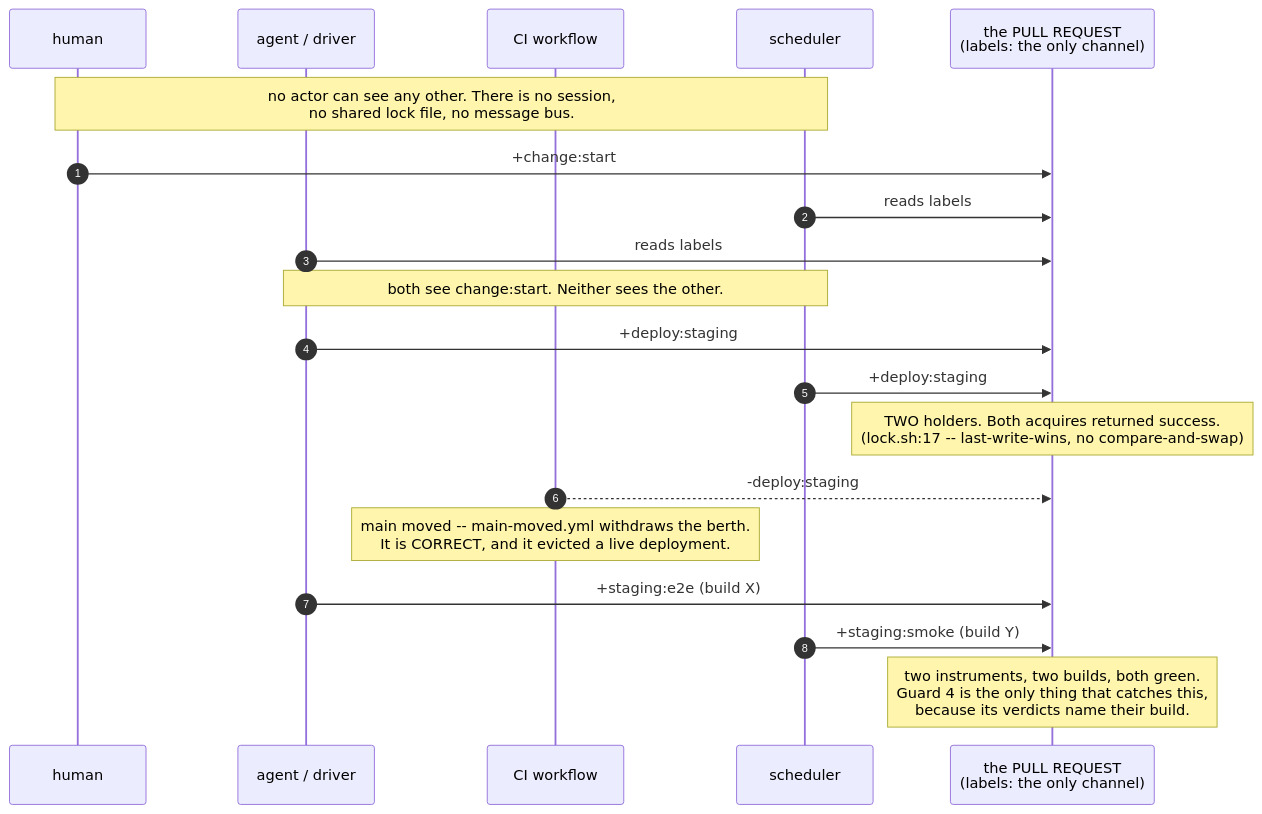
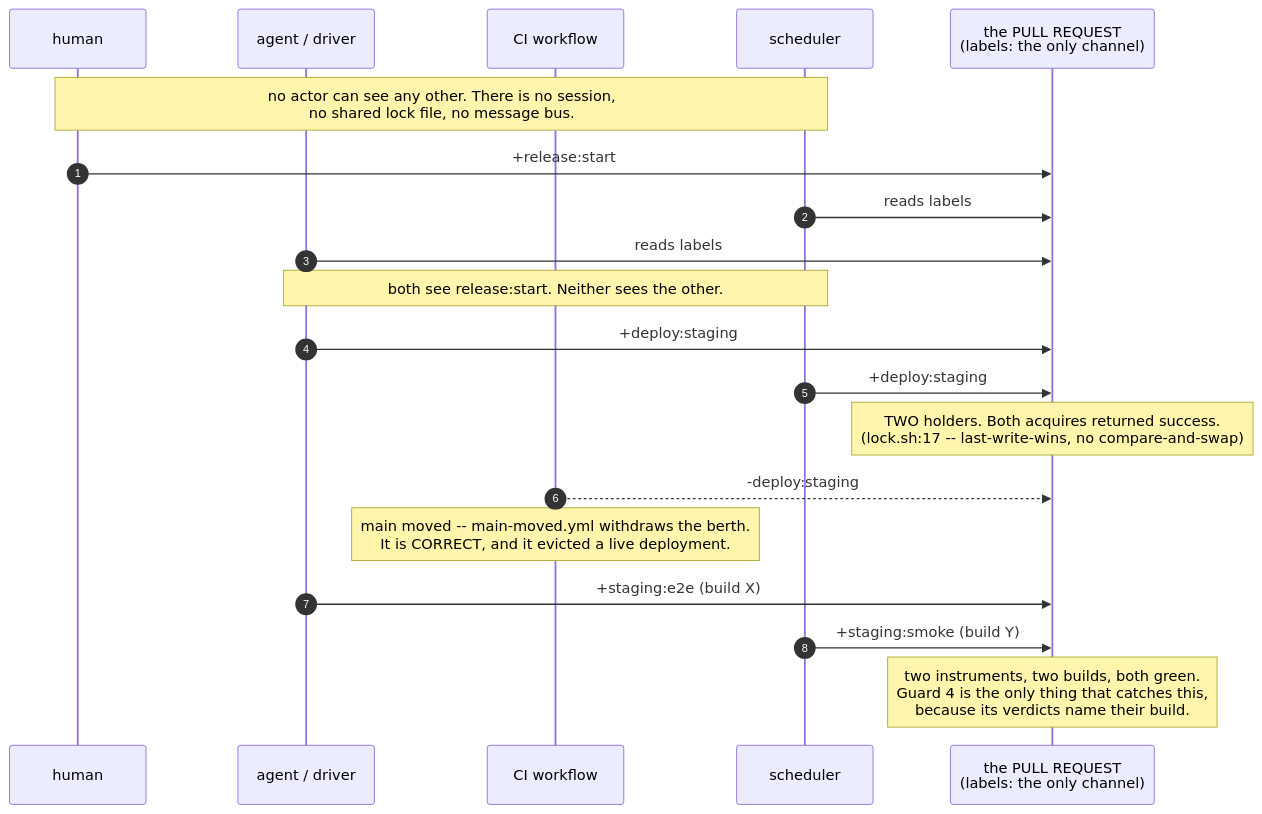
Before and after one commit to aygp-dr/standard-change: the diagram in research/findings/labels-are-the-only-channel.org, drawn with Mermaid. The commit also changed 18 other files, not shown here.

First line of the commit message:
feat(change): release:start is the person's word; the driver defers to a booked window and has a dry run

```diff
--- a/research/findings/labels-are-the-only-channel.org
+++ b/research/findings/labels-are-the-only-channel.org
@@ -15,27 +15,27 @@
 #+begin_src mermaid :eval never-export
 sequenceDiagram
     autonumber
     participant H as human
     participant A as agent / driver
     participant W as CI workflow
     participant S as scheduler
     participant PR as the PULL REQUEST<br/>(labels: the only channel)
 
     Note over H,S: no actor can see any other. There is no session,<br/>no shared lock file, no message bus.
 
-    H->>PR: +change:start
+    H->>PR: +release:start
     S->>PR: reads labels
     A->>PR: reads labels
-    Note over S,A: both see change:start. Neither sees the other.
+    Note over S,A: both see release:start. Neither sees the other.
 
     A->>PR: +deploy:staging
     S->>PR: +deploy:staging
     Note over PR: TWO holders. Both acquires returned success.<br/>(lock.sh:17 -- last-write-wins, no compare-and-swap)
 
     W-->>PR: -deploy:staging
     Note over W: main moved -- main-moved.yml withdraws the berth.<br/>It is CORRECT, and it evicted a live deployment.
 
     A->>PR: +staging:e2e (build X)
     S->>PR: +staging:smoke (build Y)
     Note over PR: two instruments, two builds, both green.<br/>Guard 4 is the only thing that catches this,<br/>because its verdicts name their build.
 #+end_src
```
